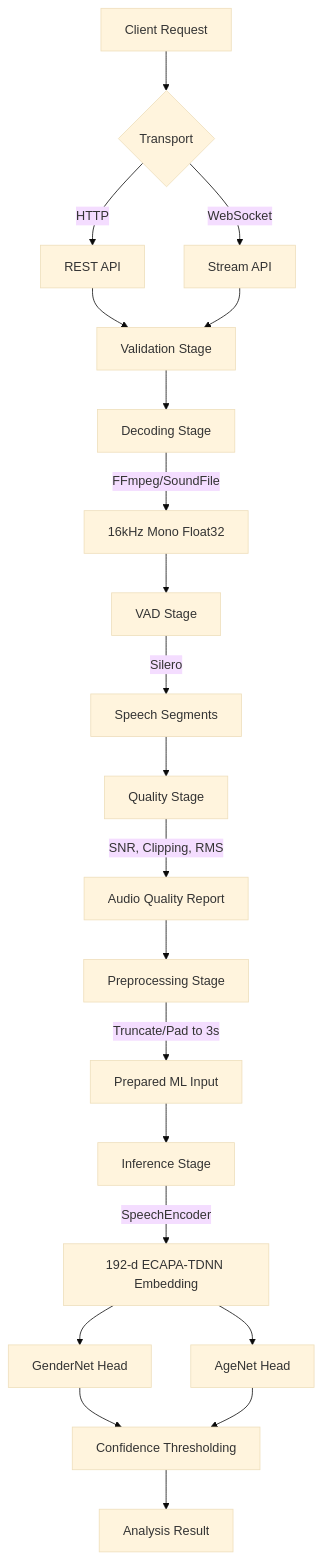
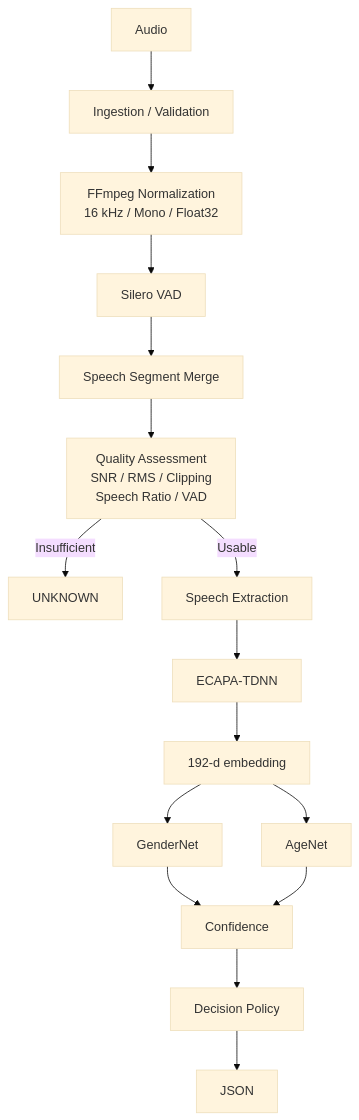
Before and after one commit to Gowtham0207o/Dialflo_audioDigestion: the first of 2 diagrams in README.md, drawn with Mermaid (base theme).

Commit message:
Change in the diagram

````diff
--- a/README.md
+++ b/README.md
@@ -9,32 +9,23 @@
 ```mermaid
 flowchart TD
-    A[Client Request] --> B{Transport}
-    B -->|HTTP| C[REST API]
-    B -->|WebSocket| D[Stream API]
+    A[Audio] --> B[Ingestion / Validation]
+    B --> C[FFmpeg Normalization<br>16 kHz / Mono / Float32]
+    C --> D[Silero VAD]
+    D --> E[Speech Segment Merge]
+    E --> F[Quality Assessment<br>SNR / RMS / Clipping<br>Speech Ratio / VAD]
     
-    C --> E[Validation Stage]
-    D --> E
+    F -->|Insufficient| G[UNKNOWN]
+    F -->|Usable| H[Speech Extraction]
     
-    E --> F[Decoding Stage]
-    F -->|FFmpeg/SoundFile| G[16kHz Mono Float32]
+    H --> I[ECAPA-TDNN]
+    I --> J[192-d embedding]
     
-    G --> H[VAD Stage]
-    H -->|Silero| I[Speech Segments]
+    J --> K[GenderNet]
+    J --> L[AgeNet]
     
-    I --> J[Quality Stage]
-    J -->|SNR, Clipping, RMS| K[Audio Quality Report]
+    K --> M[Confidence]
+    L --> M
     
-    K --> L[Preprocessing Stage]
-    L -->|Truncate/Pad to 3s| M[Prepared ML Input]
-    
-    M --> N[Inference Stage]
-    N -->|SpeechEncoder| O[192-d ECAPA-TDNN Embedding]
-    
-    O --> P[GenderNet Head]
-    O --> Q[AgeNet Head]
-    
-    P --> R[Confidence Thresholding]
-    Q --> R
-    
-    R --> S[Analysis Result]
+    M --> N[Decision Policy]
+    N --> O[JSON]
 ```
````
